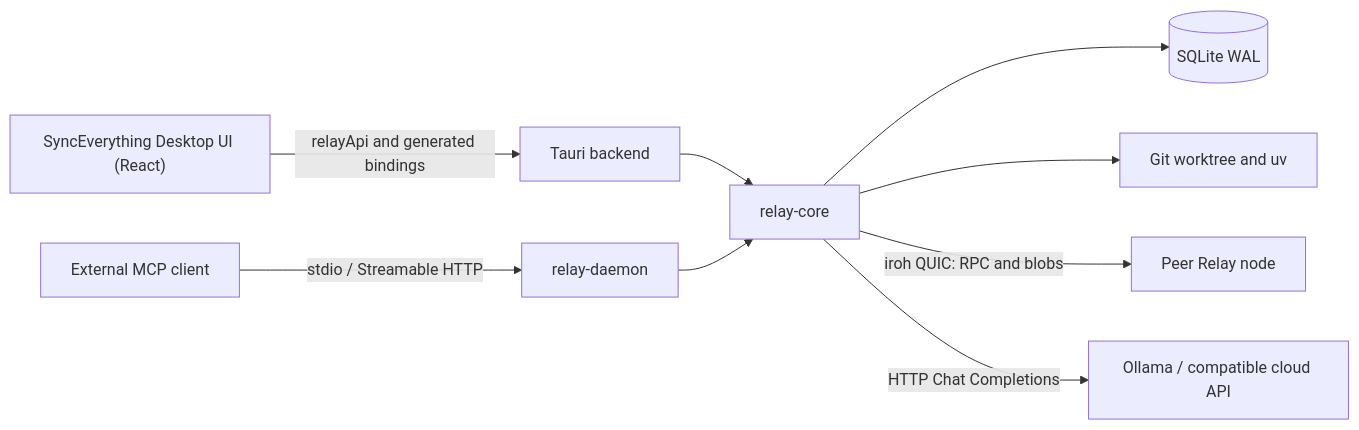
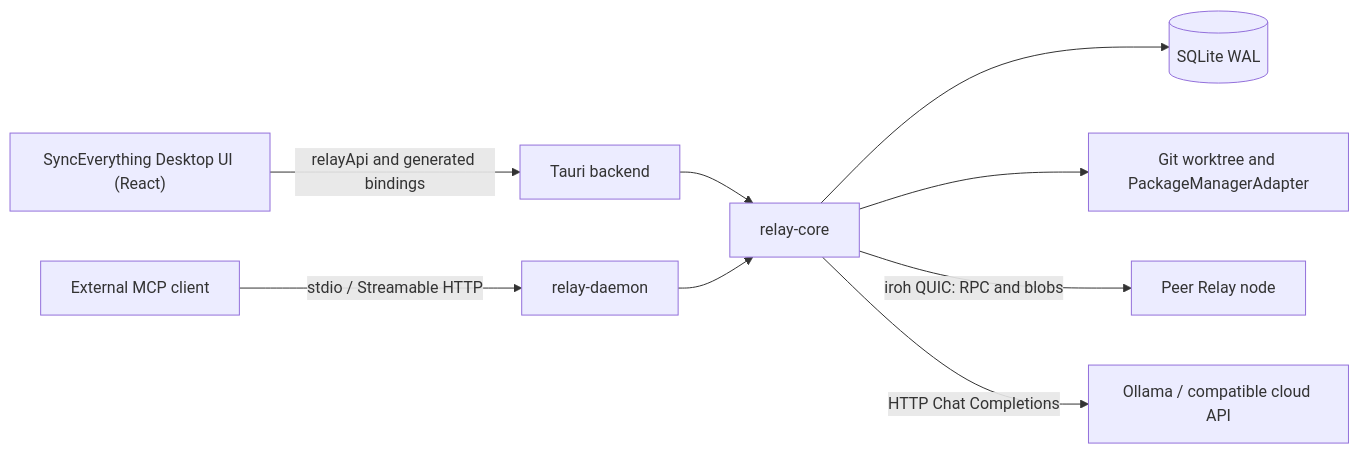
Before and after one commit to Foahh/SyncEverything: the diagram in docs/architecture.md, drawn with Mermaid. The commit also changed other lines of this file and 6 other files, not shown here.

````diff
--- a/docs/architecture.md
+++ b/docs/architecture.md
@@ -9,11 +9,11 @@
 ```mermaid
 flowchart LR
     UI["SyncEverything Desktop UI (React)"] -->|"relayApi and generated bindings"| Tauri["Tauri backend"]
     Agent["External MCP client"] -->|"stdio / Streamable HTTP"| Daemon["relay-daemon"]
     Tauri --> Core["relay-core"]
     Daemon --> Core
     Core --> DB[("SQLite WAL")]
-    Core --> Sandbox["Git worktree and uv"]
+    Core --> Sandbox["Git worktree and PackageManagerAdapter"]
     Core -->|"iroh QUIC: RPC and blobs"| Peer["Peer Relay node"]
     Core -->|"HTTP Chat Completions"| Model["Ollama / compatible cloud API"]
 ```
````
